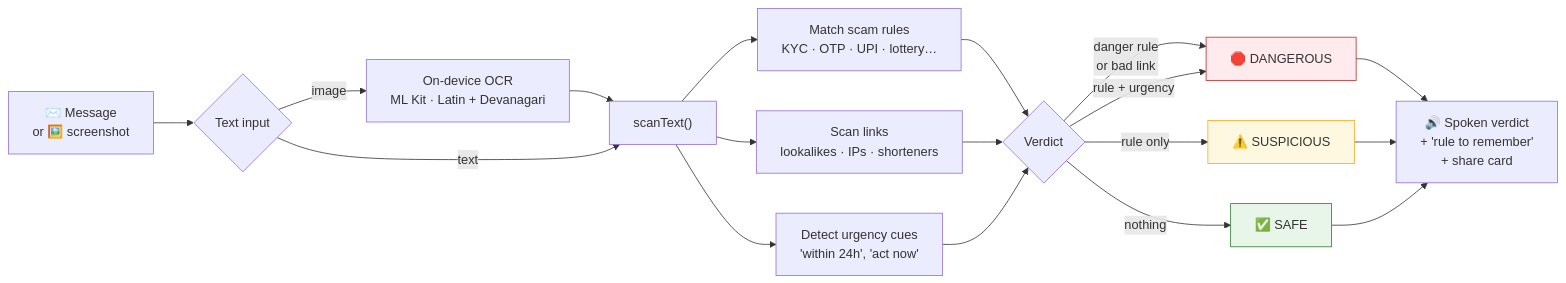
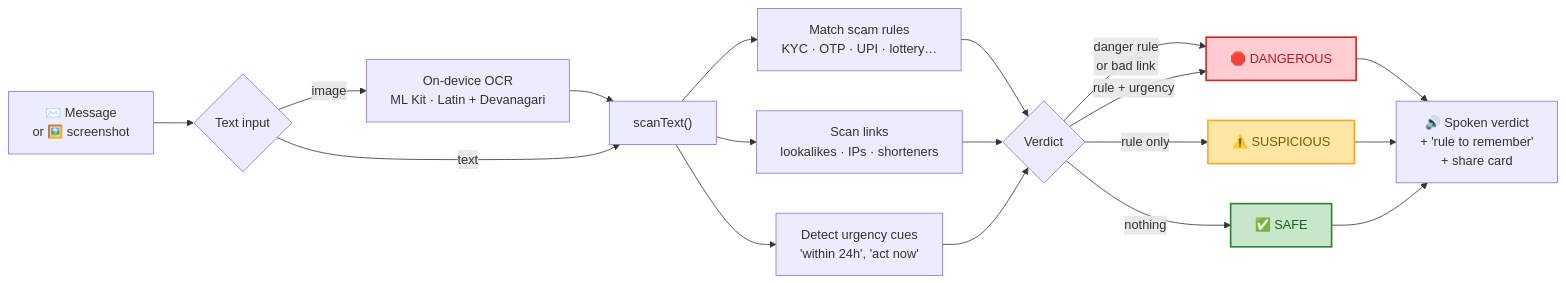
One commit to Anbu-00001/ContextLens changed the third of 6 diagrams in README.md. Above: the diagram before and after it, drawn with Mermaid. The commit also changed other lines of this file, not shown here.

Commit message:
docs: refine mermaid diagram styling and contrast in README

````diff
--- a/README.md
+++ b/README.md
@@ -107,20 +107,20 @@
 ```mermaid
 flowchart LR
     A["✉️ Message<br/>or 🖼️ screenshot"] --> B{"Text input"}
     B -->|image| OCR["On-device OCR<br/>ML Kit · Latin + Devanagari"]
     OCR --> C
     B -->|text| C["scanText()"]
     C --> D["Match scam rules<br/>KYC · OTP · UPI · lottery…"]
     C --> E["Scan links<br/>lookalikes · IPs · shorteners"]
     C --> F["Detect urgency cues<br/>'within 24h', 'act now'"]
     D & E & F --> G{"Verdict"}
     G -->|danger rule<br/>or bad link| R1["🛑 DANGEROUS"]
     G -->|rule + urgency| R1
     G -->|rule only| R2["⚠️ SUSPICIOUS"]
     G -->|nothing| R3["✅ SAFE"]
     R1 & R2 & R3 --> V["🔊 Spoken verdict<br/>+ 'rule to remember'<br/>+ share card"]
 
-    style R1 fill:#ffebee,stroke:#c62828
-    style R2 fill:#fff8e1,stroke:#f9a825
-    style R3 fill:#e8f5e9,stroke:#2e7d32
+    style R1 fill:#ffcdd2,stroke:#c62828,stroke-width:2px,color:#b71c1c
+    style R2 fill:#ffe7a3,stroke:#f9a825,stroke-width:2px,color:#7a5b00
+    style R3 fill:#c8e6c9,stroke:#2e7d32,stroke-width:2px,color:#1b5e20
 ```
````
